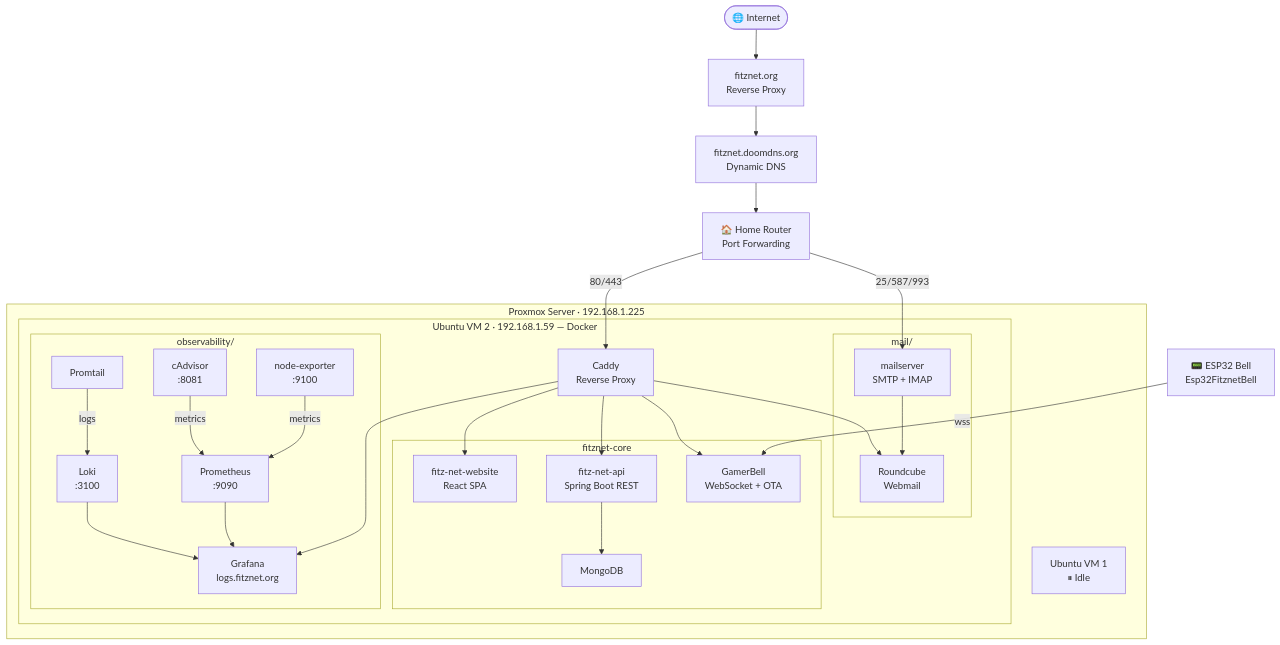
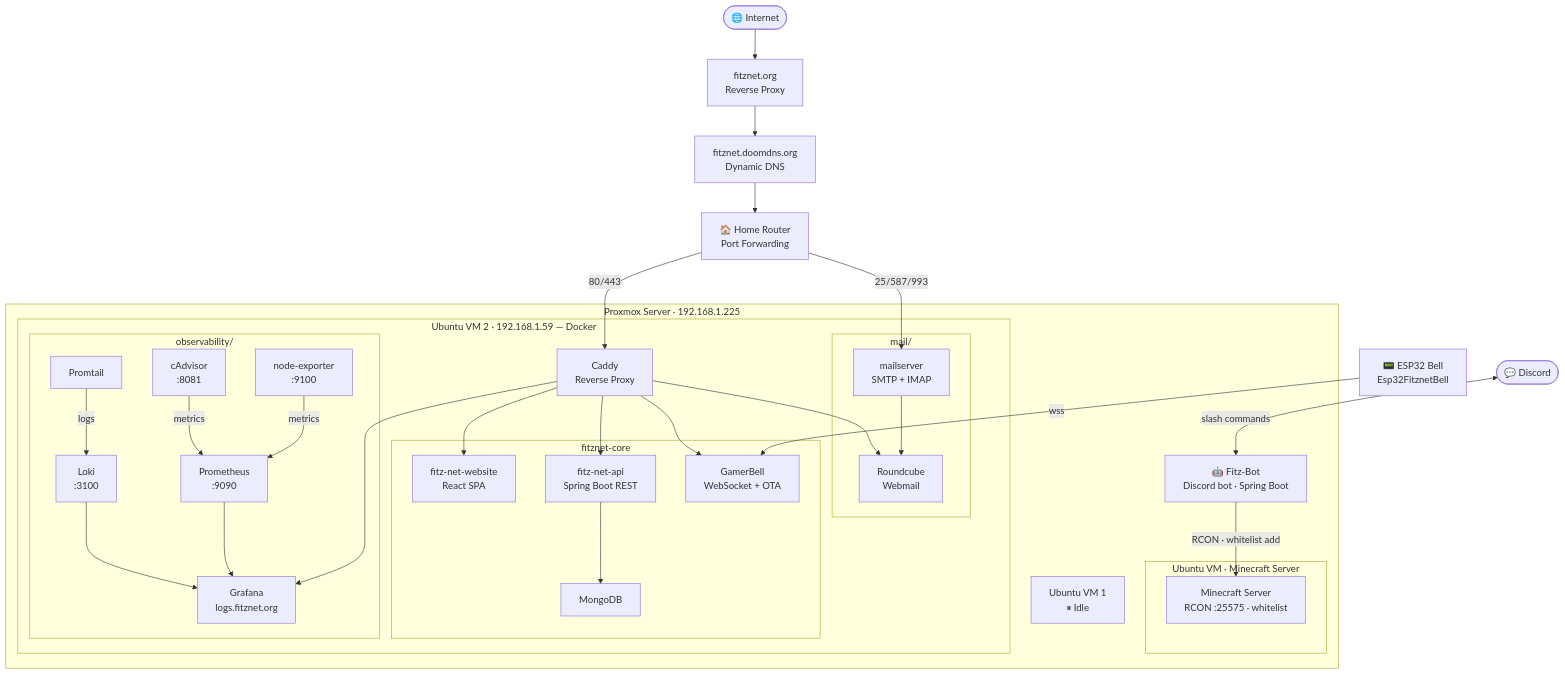
One commit to mattlol85/Fitz-Net changed the first of 2 diagrams in README.md. Above: the diagram before and after it, drawn with Mermaid. The commit also changed other lines of this file and 2 other files, not shown here.

First line of the commit message:
docs: add Fitz-Bot Discord bot + Minecraft whitelist to platform docs

````diff
--- a/README.md
+++ b/README.md
@@ -90,56 +91,65 @@
 ```mermaid
 graph TD
     Internet(["🌐 Internet"])
     FitznetOrg["fitznet.org\nReverse Proxy"]
     DNS["fitznet.doomdns.org\nDynamic DNS"]
     Router["🏠 Home Router\nPort Forwarding"]
 
     subgraph Proxmox["Proxmox Server · 192.168.1.225"]
         VM1["Ubuntu VM 1\n⏸ Idle"]
 
         subgraph VM2["Ubuntu VM 2 · 192.168.1.59 — Docker"]
             Caddy["Caddy\nReverse Proxy"]
 
             subgraph Core["fitznet-core"]
                 Website["fitz-net-website\nReact SPA"]
                 API["fitz-net-api\nSpring Boot REST"]
                 Bell["GamerBell\nWebSocket + OTA"]
                 Mongo["MongoDB"]
             end
 
             subgraph Mail["mail/"]
                 MailServer["mailserver\nSMTP + IMAP"]
                 Roundcube["Roundcube\nWebmail"]
             end
 
             subgraph Obs["observability/"]
                 Grafana["Grafana\nlogs.fitznet.org"]
                 Prometheus["Prometheus\n:9090"]
                 Loki["Loki\n:3100"]
                 Promtail["Promtail"]
                 CAdvisor["cAdvisor\n:8081"]
                 NodeExp["node-exporter\n:9100"]
             end
         end
+
+        FitzBot["🤖 Fitz-Bot\nDiscord bot · Spring Boot"]
+
+        subgraph VM3["Ubuntu VM · Minecraft Server"]
+            MC["Minecraft Server\nRCON :25575 · whitelist"]
+        end
     end
 
     ESP32["📟 ESP32 Bell\nEsp32FitznetBell"]
+    Discord(["💬 Discord"])
 
     Internet --> FitznetOrg --> DNS --> Router
     Router -->|"80/443"| Caddy
     Router -->|"25/587/993"| MailServer
     Caddy --> Website
     Caddy --> API
     Caddy --> Bell
     Caddy --> Roundcube
     Caddy --> Grafana
     API --> Mongo
     MailServer --> Roundcube
     ESP32 -->|"wss"| Bell
+    Discord <-->|"slash commands"| FitzBot
+    FitzBot -->|"RCON · whitelist add"| MC
 
     Promtail -->|"logs"| Loki
     CAdvisor -->|"metrics"| Prometheus
     NodeExp -->|"metrics"| Prometheus
     Loki --> Grafana
     Prometheus --> Grafana
 ```
````
